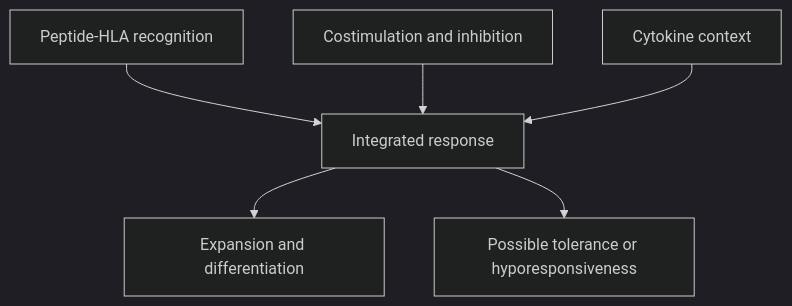
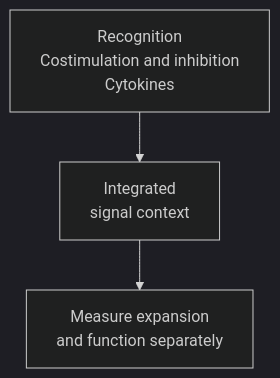
One commit to jasonLaster/oncoguide changed the diagram in wiki/education/concepts/immunology/t-cells/t-cell-priming-three-signals.md. Above: the diagram before and after it, drawn with Mermaid (dark theme). The commit also changed other lines of this file and 66 other files, not shown here.

````diff
--- a/wiki/education/concepts/immunology/t-cells/t-cell-priming-three-signals.md
+++ b/wiki/education/concepts/immunology/t-cells/t-cell-priming-three-signals.md
@@ -38,8 +44,5 @@
 ```mermaid
 flowchart TD
-  A[Peptide-HLA recognition] --> D[Integrated response]
-  B[Costimulation and inhibition] --> D
-  C[Cytokine context] --> D
-  D --> E[Expansion and differentiation]
-  D --> F[Possible tolerance or hyporesponsiveness]
+  A["Recognition<br/>Costimulation and inhibition<br/>Cytokines"] --> B["Integrated<br/>signal context"]
+  B --> C["Measure expansion<br/>and function separately"]
 ```
````
